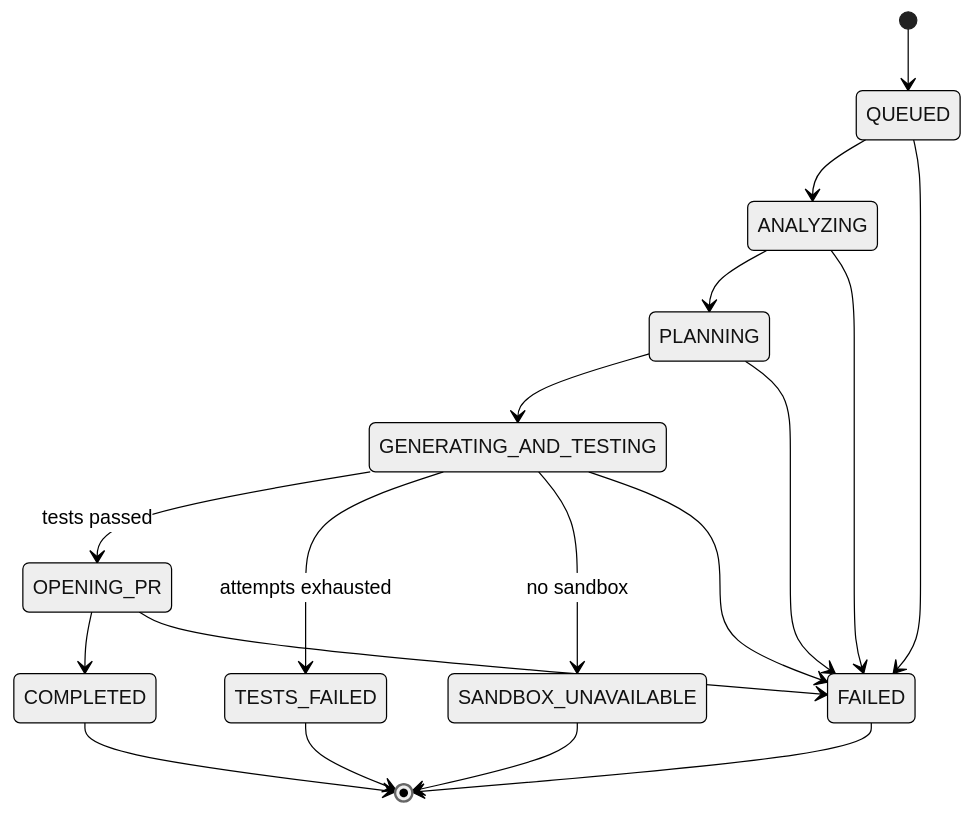
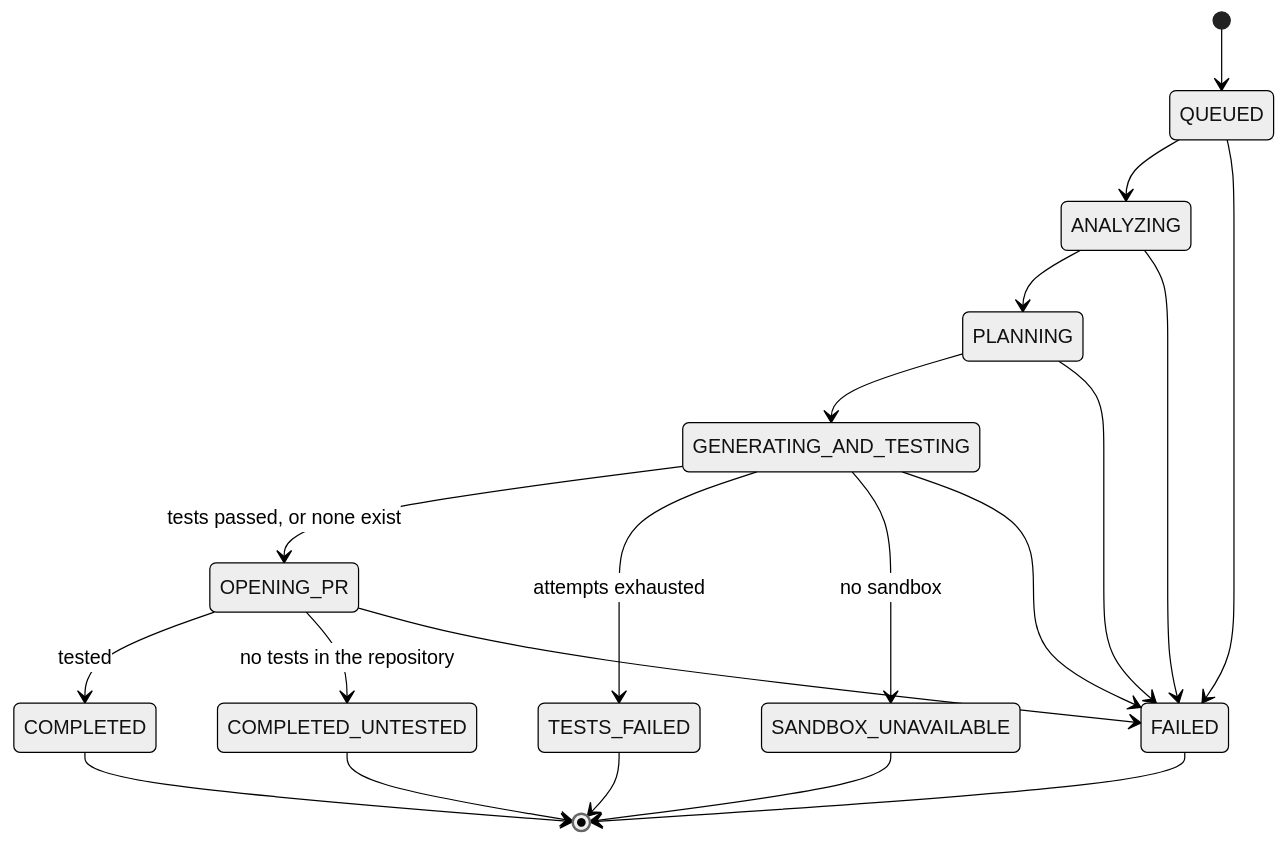
One commit to priyanshujhagithub/ForgeAI changed the second of 2 diagrams in docs/architecture.md. Above: the diagram before and after it, drawn with Mermaid (neutral theme). The commit also changed other lines of this file and 19 other files, not shown here.

First line of the commit message:
Open an "Untested" pull request when a repository has no tests

````diff
--- a/docs/architecture.md
+++ b/docs/architecture.md
@@ -71,20 +71,22 @@
 ```mermaid
 stateDiagram-v2
     [*] --> QUEUED
     QUEUED --> ANALYZING
     ANALYZING --> PLANNING
     PLANNING --> GENERATING_AND_TESTING
-    GENERATING_AND_TESTING --> OPENING_PR: tests passed
+    GENERATING_AND_TESTING --> OPENING_PR: tests passed, or none exist
     GENERATING_AND_TESTING --> TESTS_FAILED: attempts exhausted
     GENERATING_AND_TESTING --> SANDBOX_UNAVAILABLE: no sandbox
-    OPENING_PR --> COMPLETED
+    OPENING_PR --> COMPLETED: tested
+    OPENING_PR --> COMPLETED_UNTESTED: no tests in the repository
     QUEUED --> FAILED
     ANALYZING --> FAILED
     PLANNING --> FAILED
     GENERATING_AND_TESTING --> FAILED
     OPENING_PR --> FAILED
     COMPLETED --> [*]
+    COMPLETED_UNTESTED --> [*]
     TESTS_FAILED --> [*]
     SANDBOX_UNAVAILABLE --> [*]
     FAILED --> [*]
 ```
````
